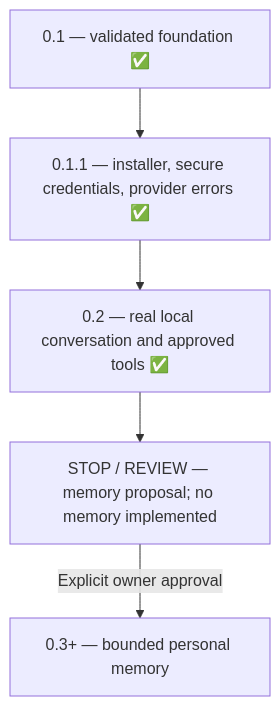
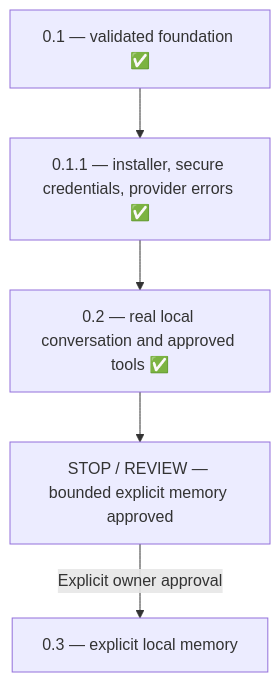
The diagram in docs/ROADMAP.md (Google-Stein/KAT), drawn with Mermaid before and after one commit. The commit also changed other lines of this file and 17 other files, not shown here.

Commit message:
Prepare 0.3.0 metadata, approved memory docs and installed Ollama acceptance

````diff
--- a/docs/ROADMAP.md
+++ b/docs/ROADMAP.md
@@ -7,7 +7,7 @@
 ```mermaid
 flowchart TD
   Foundation["0.1 — validated foundation ✅"] --> Installed["0.1.1 — installer, secure credentials, provider errors ✅"]
   Installed --> Local["0.2 — real local conversation and approved tools ✅"]
-  Local --> Review["STOP / REVIEW — memory proposal; no memory implemented"]
-  Review -->|"Explicit owner approval"| Intelligence["0.3+ — bounded personal memory"]
+  Local --> Review["STOP / REVIEW — bounded explicit memory approved"]
+  Review -->|"Explicit owner approval"| Intelligence["0.3 — explicit local memory"]
 ```
````
